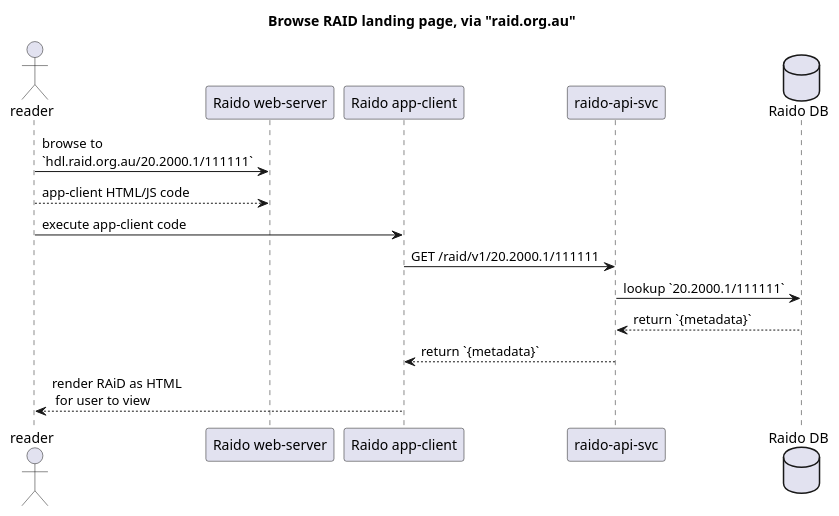
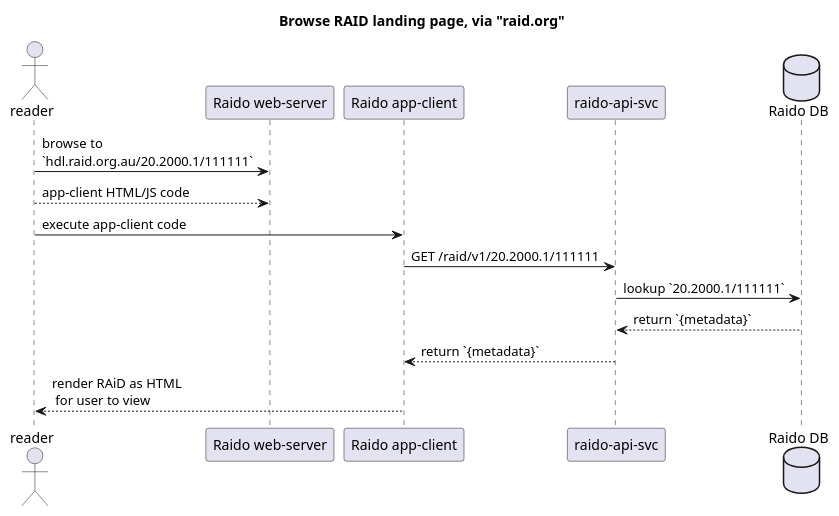
Before and after one commit to au-research/raido: the diagram in doc/architecture/cnri-handle/browse-raid-via-raid.plantuml, drawn with PlantUML. The commit also changed 2 other files, not shown here.

```diff
--- a/doc/architecture/cnri-handle/browse-raid-via-raid.plantuml
+++ b/doc/architecture/cnri-handle/browse-raid-via-raid.plantuml
@@ -1,21 +1,21 @@
 @startuml
-title Browse RAID landing page, via "raid.org.au"
+title Browse RAID landing page, via "raid.org"
 
 actor "reader" as reader
 
 participant "Raido web-server" as raidoWeb
 participant "Raido app-client" as appClient
 
 participant "raido-api-svc" as raidoApi
 database "Raido DB" as raidoDb
 
 
 reader -> raidoWeb: browse to \n`hdl.raid.org.au/20.2000.1/111111`
 raidoWeb <-- reader: app-client HTML/JS code
 reader -> appClient: execute app-client code  
 appClient -> raidoApi: GET /raid/v1/20.2000.1/111111
 raidoApi -> raidoDb: lookup `20.2000.1/111111`
 raidoDb --> raidoApi: return `{metadata}`
 raidoApi --> appClient: return `{metadata}`
 appClient --> reader: render RAiD as HTML\n for user to view  
 @enduml
```
